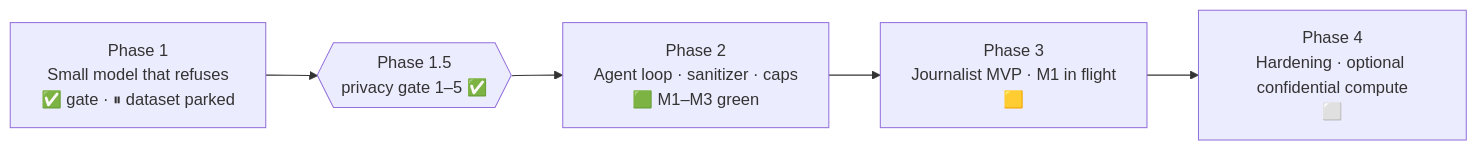
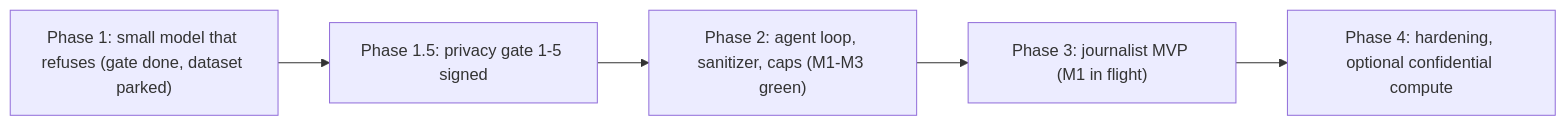
One commit to 9lordisgod/salomon changed the second of 2 diagrams in README.md. Above: the diagram before and after it, drawn with Mermaid. The commit also changed other lines of this file, not shown here.

Commit message:
docs: make README mermaid charts readable on GitHub

````diff
--- a/README.md
+++ b/README.md
@@ -56,7 +58,7 @@
 ```mermaid
 flowchart LR
-  P1["Phase 1<br/>Small model that refuses<br/>✅ gate · ⏸ dataset parked"] --> G{{"Phase 1.5<br/>privacy gate 1–5 ✅"}}
-  G --> P2["Phase 2<br/>Agent loop · sanitizer · caps<br/>🟩 M1–M3 green"]
-  P2 --> P3["Phase 3<br/>Journalist MVP · M1 in flight<br/>🟨"]
-  P3 --> P4["Phase 4<br/>Hardening · optional confidential compute<br/>⬜"]
+  P1["Phase 1: small model that refuses (gate done, dataset parked)"] --> G["Phase 1.5: privacy gate 1-5 signed"]
+  G --> P2["Phase 2: agent loop, sanitizer, caps (M1-M3 green)"]
+  P2 --> P3["Phase 3: journalist MVP (M1 in flight)"]
+  P3 --> P4["Phase 4: hardening, optional confidential compute"]
 ```
````
